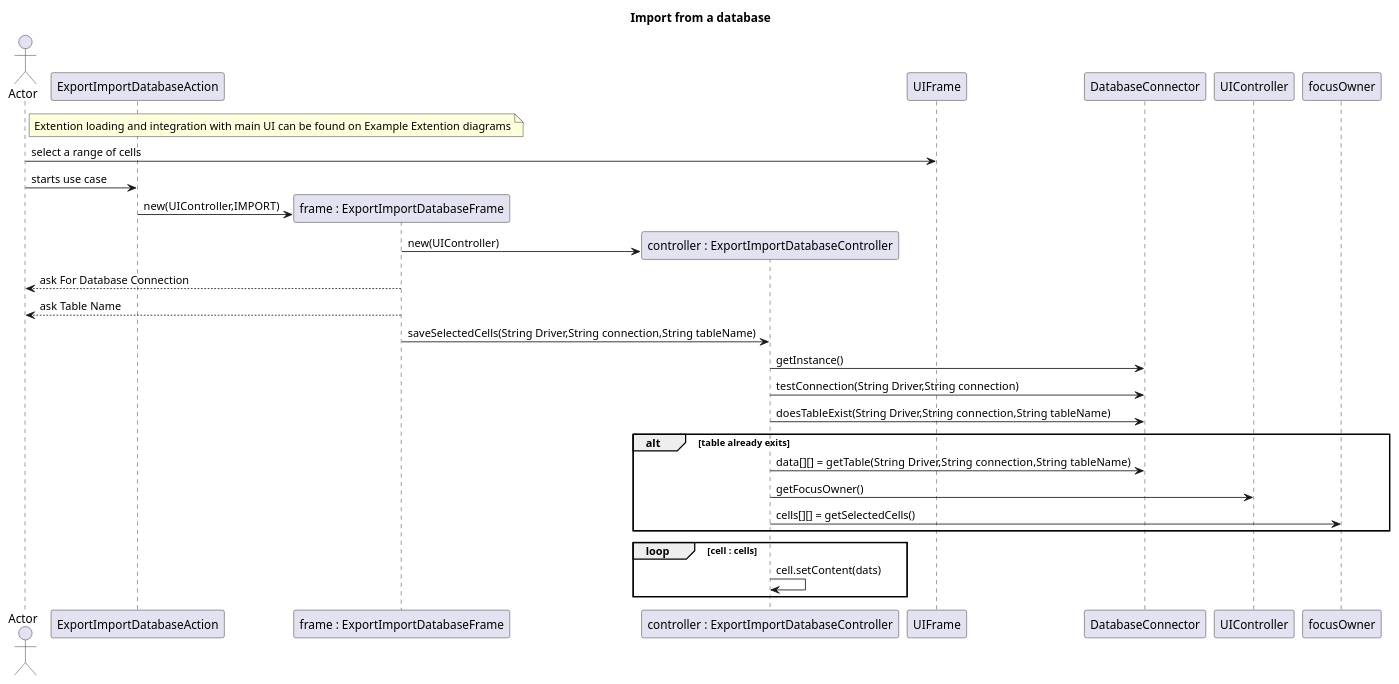
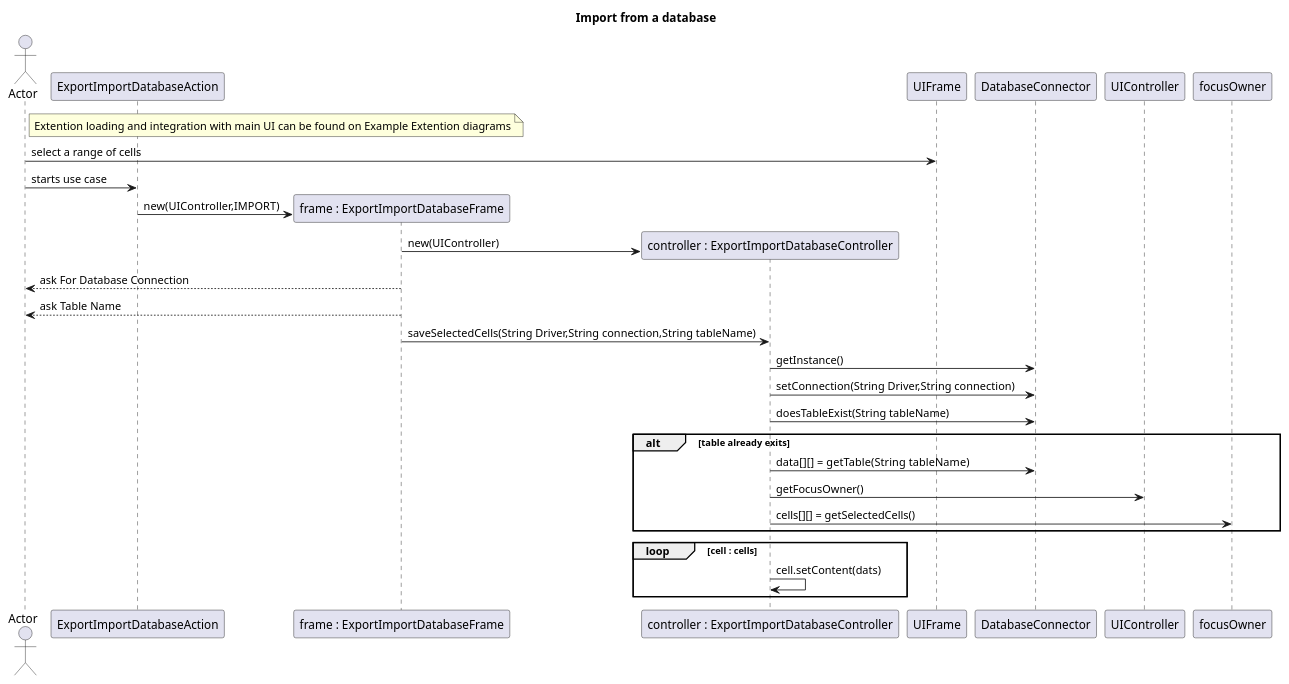
The diagram in src/main/java/csheets/worklog/n1140280/sprint4/design_IPC_4_3_Import.puml (RubenTeixeira/cleansheets_isep_2dg_2016), drawn with PlantUML before and after one commit. The commit also changed 1 other file, not shown here.

```diff
--- a/src/main/java/csheets/worklog/n1140280/sprint4/design_IPC_4_3_Import.puml
+++ b/src/main/java/csheets/worklog/n1140280/sprint4/design_IPC_4_3_Import.puml
@@ -1,33 +1,33 @@
 @startuml doc-files/design_IPC_4_3_Import.png
 title Import from a database
 actor Actor
 
   participant "ExportImportDatabaseAction" as Action
   participant "frame : ExportImportDatabaseFrame" as Frame
   participant "controller : ExportImportDatabaseController" as Controller
 
   note right of Actor
         Extention loading and integration with main UI can be found on Example Extention diagrams
   end note
 
   Actor-> UIFrame : select a range of cells
   Actor -> Action : starts use case
   create Frame
   Action -> Frame : new(UIController,IMPORT)
   create Controller
   Frame -> Controller : new(UIController)
   Frame --> Actor : ask For Database Connection
   Frame --> Actor : ask Table Name
   Frame -> Controller : saveSelectedCells(String Driver,String connection,String tableName)
   Controller -> DatabaseConnector : getInstance()
-  Controller -> DatabaseConnector : testConnection(String Driver,String connection)
-  Controller -> DatabaseConnector : doesTableExist(String Driver,String connection,String tableName)
+  Controller -> DatabaseConnector : setConnection(String Driver,String connection)
+  Controller -> DatabaseConnector : doesTableExist(String tableName)
   alt table already exits
-  Controller -> DatabaseConnector : data[][] =  getTable(String Driver,String connection,String tableName)
+  Controller -> DatabaseConnector : data[][] =  getTable(String tableName)
   Controller -> UIController : getFocusOwner()
   Controller -> focusOwner : cells[][] = getSelectedCells()
   end
   loop cell : cells
   Controller -> Controller : cell.setContent(dats)
   end
 @enduml
```
